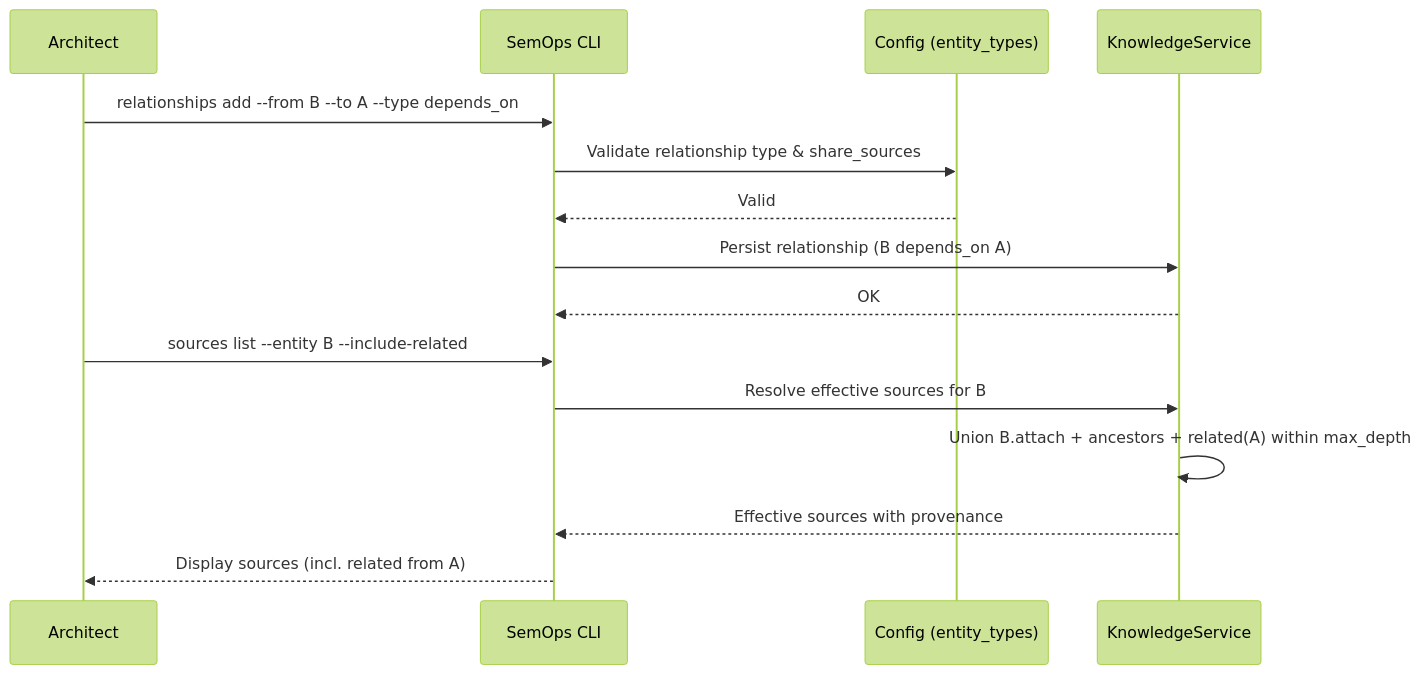
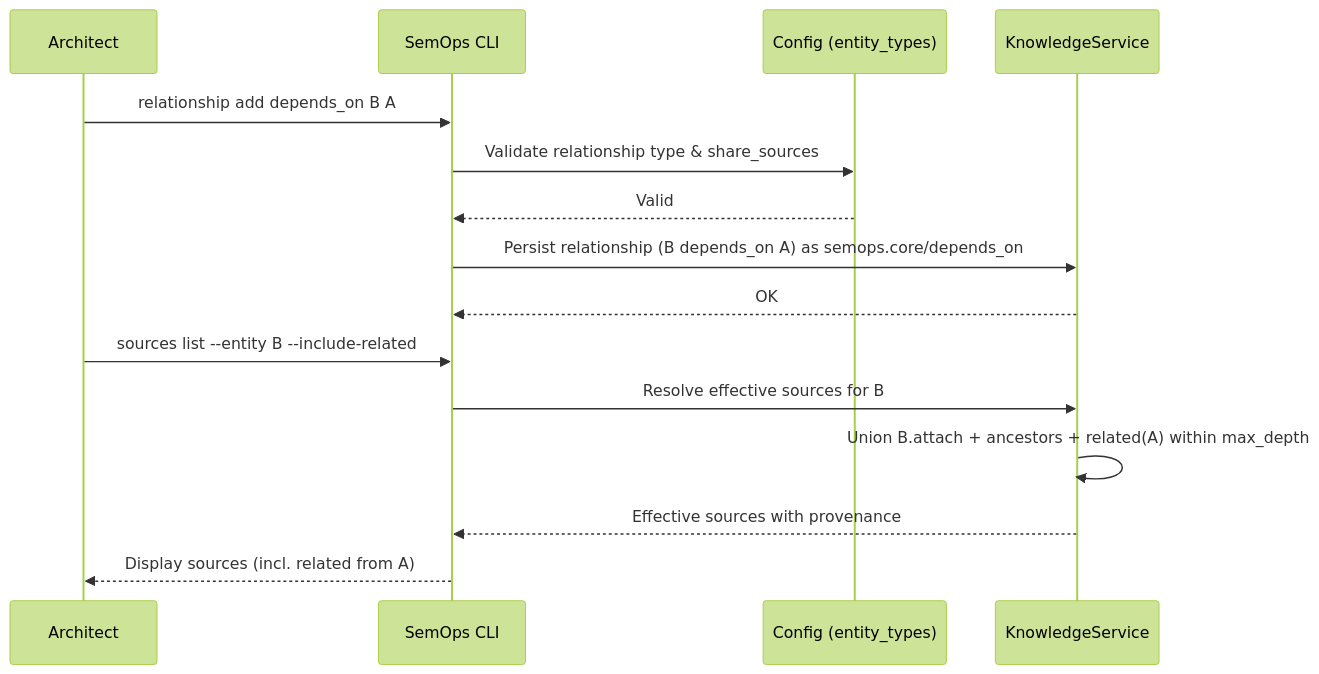
Before and after one commit to the-greenman/semops2: the diagram in docs/narratives/05-cross-domain-source-sharing.md, drawn with Mermaid (forest theme). The commit also changed other lines of this file and 19 other files, not shown here.

````diff
--- a/docs/narratives/05-cross-domain-source-sharing.md
+++ b/docs/narratives/05-cross-domain-source-sharing.md
@@ -27,19 +27,19 @@
 ```mermaid
 sequenceDiagram
     participant U as Architect
     participant CLI as SemOps CLI
     participant CFG as Config (entity_types)
     participant KS as KnowledgeService
 
-    U->>CLI: relationships add --from B --to A --type depends_on
+    U->>CLI: relationship add depends_on B A
     CLI->>CFG: Validate relationship type & share_sources
     CFG-->>CLI: Valid
-    CLI->>KS: Persist relationship (B depends_on A)
+    CLI->>KS: Persist relationship (B depends_on A) as semops.core/depends_on
     KS-->>CLI: OK
 
     U->>CLI: sources list --entity B --include-related
     CLI->>KS: Resolve effective sources for B
     KS->>KS: Union B.attach + ancestors + related(A) within max_depth
     KS-->>CLI: Effective sources with provenance
     CLI-->>U: Display sources (incl. related from A)
 ```
````
